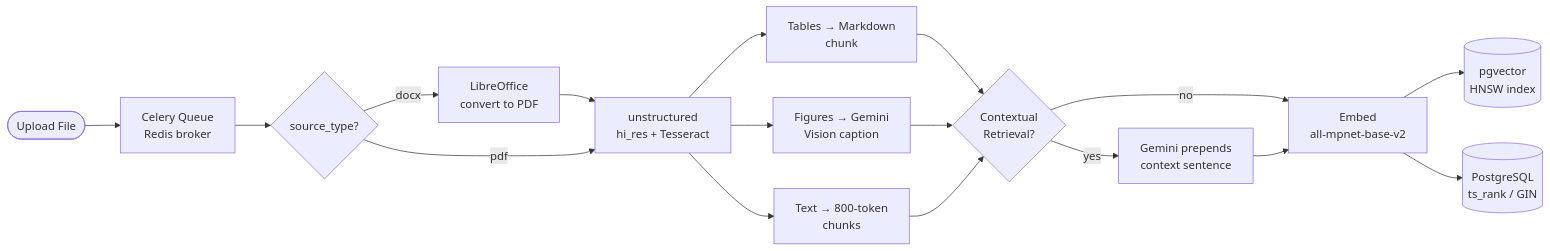
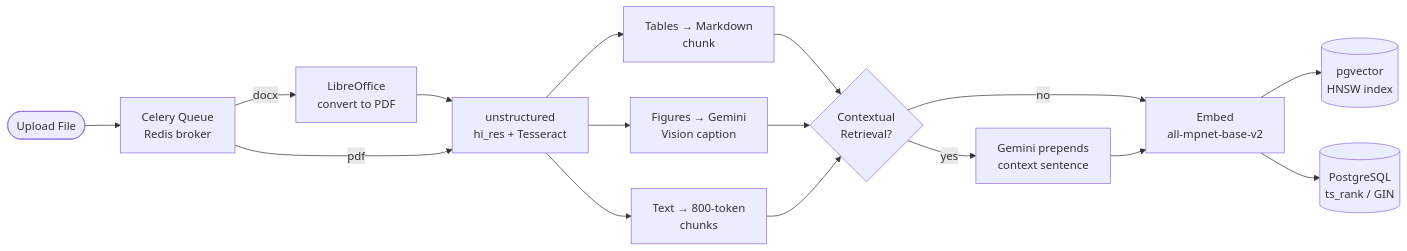
The second of 2 diagrams in README.md (robayedl/rag-pdf-assistant), drawn with Mermaid before and after one commit. The commit also changed other lines of this file and 58 other files, not shown here.

````diff
--- a/README.md
+++ b/README.md
@@ -80,20 +105,20 @@
 ```mermaid
 flowchart LR
     FILE([Upload File]) --> Q
-    Q[Celery Queue\nRedis broker] --> DISP{source_type?}
+    Q[Celery Queue\nRedis broker] 
 
-    DISP -->|docx| LO[LibreOffice\nconvert to PDF]
+    Q -->|docx| LO[LibreOffice\nconvert to PDF]
     LO --> UP
-    DISP -->|pdf| UP[unstructured\nhi_res + Tesseract]
+    Q -->|pdf| UP[unstructured\nhi_res + Tesseract]
 
     UP --> T[Tables → Markdown\nchunk]
     UP --> F[Figures → Gemini\nVision caption]
     UP --> TX[Text → 800-token\nchunks]
 
     T & F & TX --> CR{Contextual\nRetrieval?}
     CR -->|yes| CTX[Gemini prepends\ncontext sentence]
     CR -->|no| EMB
     CTX --> EMB[Embed\nall-mpnet-base-v2]
     EMB --> VEC[(pgvector\nHNSW index)]
     EMB --> TS[(PostgreSQL\nts_rank / GIN)]
 ```
````
